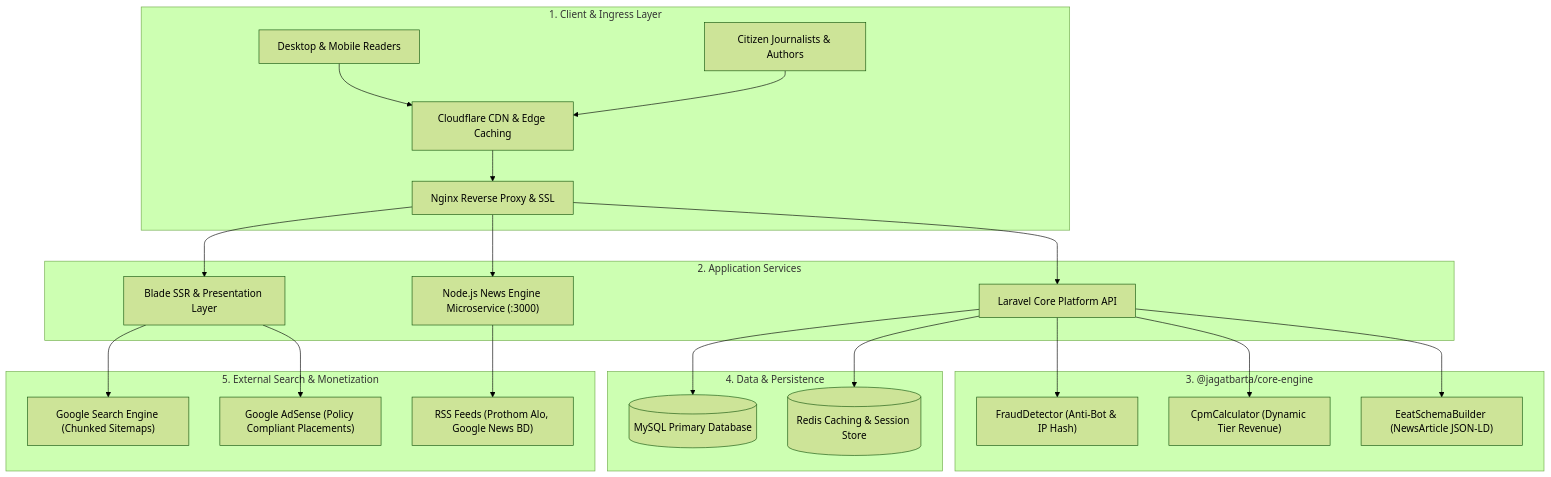
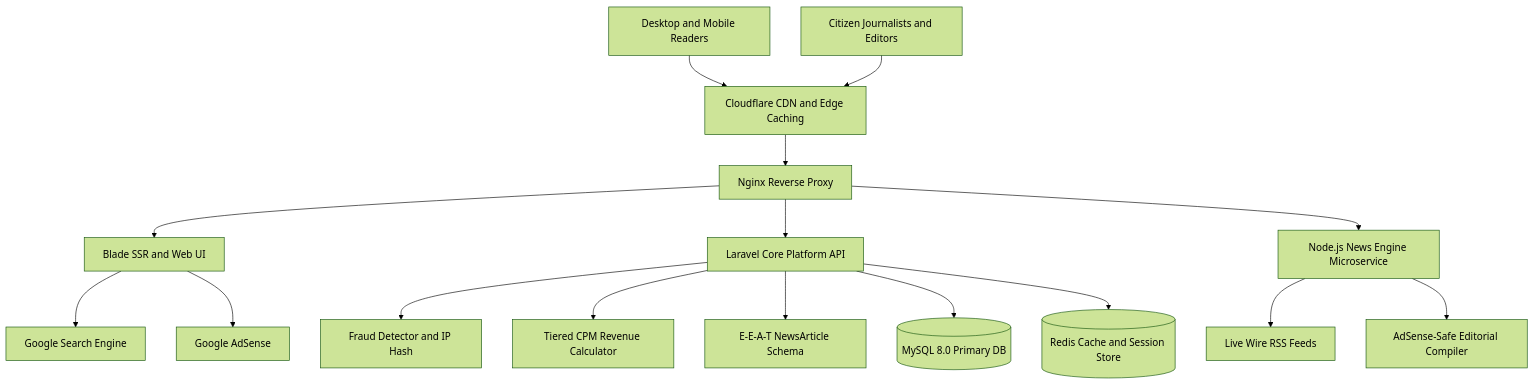
Before and after one commit to shajibsikder/jagatbarta-platform: the diagram in README.md, drawn with Mermaid (forest theme). The commit also changed other lines of this file and 4 other files, not shown here.

Commit message:
docs: streamline README and architecture diagram with minimalist, robust GitHub Mermaid formatting

````diff
--- a/README.md
+++ b/README.md
@@ -29,31 +24,23 @@
 ```mermaid
-flowchart TD
-    subgraph ClientLayer ["1. Client & Ingress Layer"]
-        A1["Desktop & Mobile Readers"] --> B1["Cloudflare CDN & Edge Caching"]
-        A2["Citizen Journalists & Authors"] --> B1
-        B1 --> B2["Nginx Reverse Proxy & SSL"]
-    end
+graph TD
+    Readers[Desktop and Mobile Readers] --> Edge[Cloudflare CDN and Edge Caching]
+    Authors[Citizen Journalists and Editors] --> Edge
+    Edge --> Nginx[Nginx Reverse Proxy]
 
-    subgraph AppLayer ["2. Application Services"]
-        B2 --> C1["Blade SSR & Presentation Layer"]
-        B2 --> C2["Laravel Core Platform API"]
-        B2 --> C3["Node.js News Engine Microservice (:3000)"]
-    end
+    Nginx --> Presentation[Blade SSR and Web UI]
+    Nginx --> PlatformAPI[Laravel Core Platform API]
+    Nginx --> NewsEngine[Node.js News Engine Microservice]
 
-    subgraph CoreEngine ["3. @jagatbarta/core-engine"]
-        C2 --> D1["FraudDetector (Anti-Bot & IP Hash)"]
-        C2 --> D2["CpmCalculator (Dynamic Tier Revenue)"]
-        C2 --> D3["EeatSchemaBuilder (NewsArticle JSON-LD)"]
-    end
+    NewsEngine --> Feeds[Live Wire RSS Feeds]
+    NewsEngine --> PromptGen[AdSense-Safe Editorial Compiler]
 
-    subgraph StorageLayer ["4. Data & Persistence"]
-        C2 --> E1[("MySQL Primary Database")]
-        C2 --> E2[("Redis Caching & Session Store")]
-    end
+    PlatformAPI --> FraudShield[Fraud Detector and IP Hash]
+    PlatformAPI --> CpmEngine[Tiered CPM Revenue Calculator]
+    PlatformAPI --> SchemaGen[E-E-A-T NewsArticle Schema]
 
-    subgraph ExternalEcosystem ["5. External Search & Monetization"]
-        C1 --> F1["Google Search Engine (Chunked Sitemaps)"]
-        C1 --> F2["Google AdSense (Policy Compliant Placements)"]
-        C3 --> F3["RSS Feeds (Prothom Alo, Google News BD)"]
-    end
+    PlatformAPI --> MySQL[(MySQL 8.0 Primary DB)]
+    PlatformAPI --> Redis[(Redis Cache and Session Store)]
+
+    Presentation --> GoogleBot[Google Search Engine]
+    Presentation --> AdSense[Google AdSense]
 ```
````
